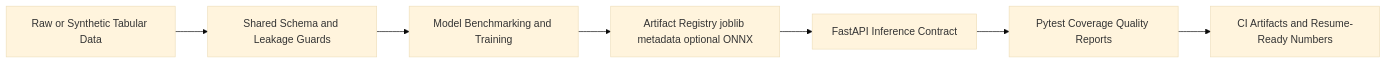
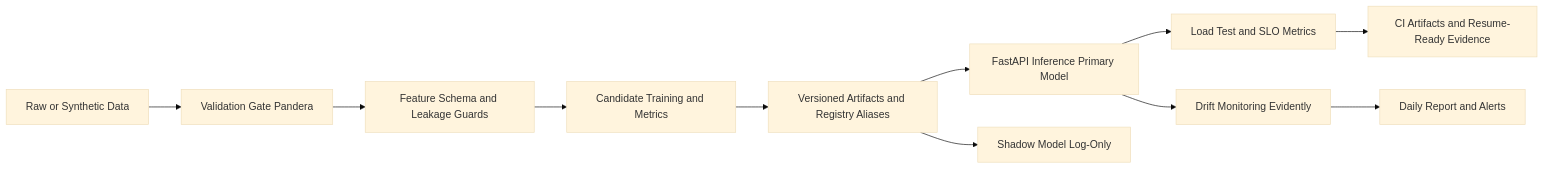
Before and after one commit to mhmdevan/ml-sales-eda-regression: the diagram in README.md, drawn with Mermaid (base theme). The commit also changed other lines of this file and 71 other files, not shown here.

````diff
--- a/README.md
+++ b/README.md
@@ -22,9 +30,13 @@
 ```mermaid
 flowchart LR
-  A[Raw or Synthetic Tabular Data] --> B[Shared Schema and Leakage Guards]
-  B --> C[Model Benchmarking and Training]
-  C --> D[Artifact Registry joblib metadata optional ONNX]
-  D --> E[FastAPI Inference Contract]
-  E --> F[Pytest Coverage Quality Reports]
-  F --> G[CI Artifacts and Resume-Ready Numbers]
+  A[Raw or Synthetic Data] --> B[Validation Gate Pandera]
+  B --> C[Feature Schema and Leakage Guards]
+  C --> D[Candidate Training and Metrics]
+  D --> E[Versioned Artifacts and Registry Aliases]
+  E --> F[FastAPI Inference Primary Model]
+  E --> G[Shadow Model Log-Only]
+  F --> H[Load Test and SLO Metrics]
+  F --> I[Drift Monitoring Evidently]
+  I --> J[Daily Report and Alerts]
+  H --> K[CI Artifacts and Resume-Ready Evidence]
 ```
````
